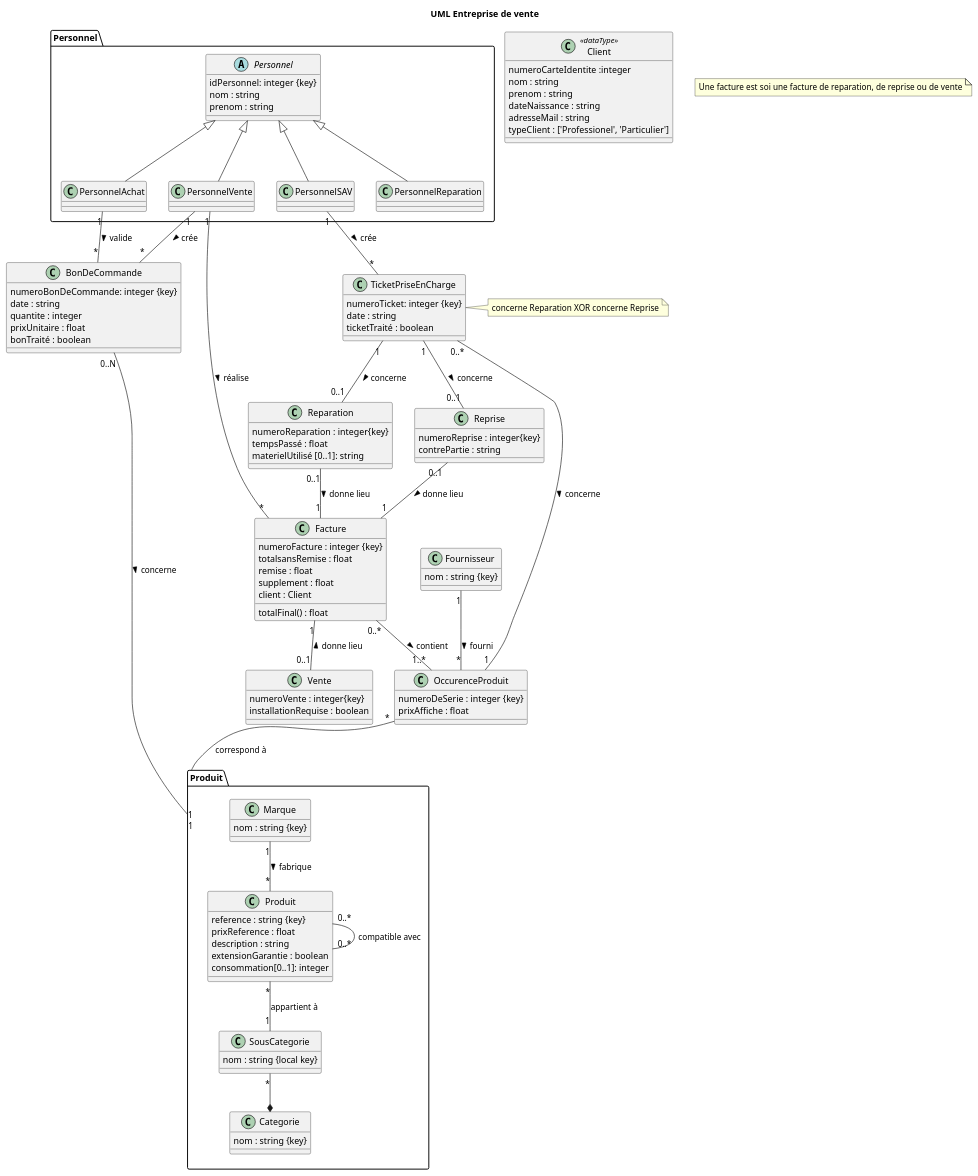
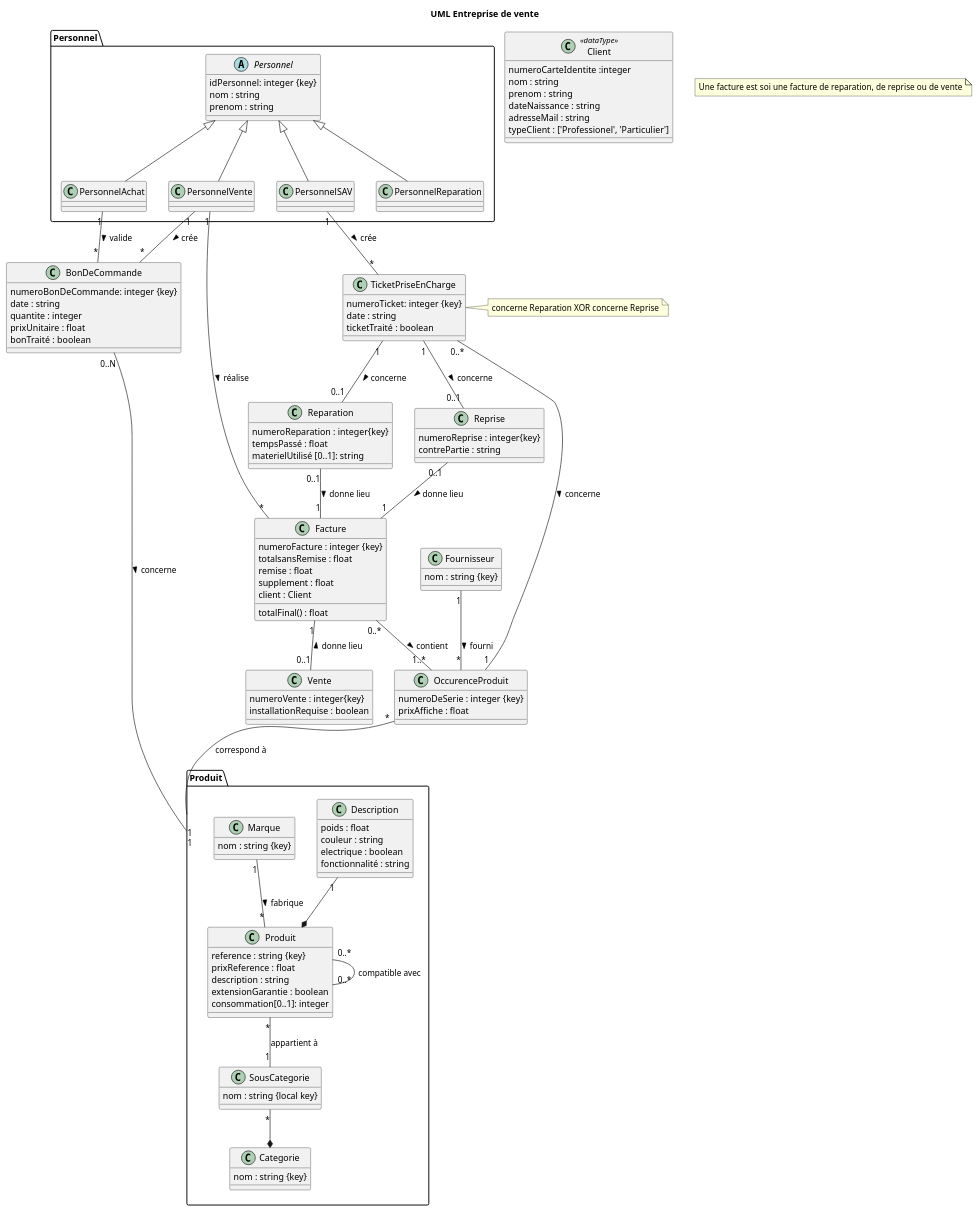
Before and after one commit to mariaidrissi/Entreprise-de-vente: the diagram in MCD.plantuml, drawn with PlantUML.

Commit message:
Ajout composition entre Produit et Description Update MCD.plantuml

```diff
--- a/MCD.plantuml
+++ b/MCD.plantuml
@@ -1,148 +1,155 @@
 @startuml
 title UML Entreprise de vente
 
 package Produit {
 
 class Produit {
   reference : string {key}
   prixReference : float
   description : string
   extensionGarantie : boolean
   consommation[0..1]: integer
 }
 
+Description "1" --* Produit
 
+class Description {
+  poids : float
+  couleur : string
+  electrique : boolean
+  fonctionnalité : string
+}
 Produit "0..*" --  "0..*" Produit : compatible avec
 
 Marque "1" -- "*" Produit : fabrique >
 
 class Marque {
 	nom : string {key}
 }
 
 class Categorie {
 	nom : string {key}
 }
 
 class SousCategorie {
 	nom : string {local key}
 }
 
 SousCategorie "*" --* Categorie
 Produit  "*" -- "1" SousCategorie : appartient à
 }
 
 
 class OccurenceProduit {
   numeroDeSerie : integer {key}
   prixAffiche : float
 }
 
 OccurenceProduit  "*" -- "1" Produit : correspond à
 
 class Fournisseur {
 	nom : string {key}
 }
 
 Fournisseur "1" -- "*" OccurenceProduit : fourni >
 
 class Facture {
   numeroFacture : integer {key}
   totalsansRemise : float 
   remise : float
   supplement : float
   client : Client
   totalFinal() : float
 }
 
 
 class Client <<dataType>> { 
   numeroCarteIdentite :integer 
   nom : string 
   prenom : string 
   dateNaissance : string 
   adresseMail : string
   typeClient : ['Professionel', 'Particulier']
 }
 
 
 Facture "0..*" -- "1..*" OccurenceProduit : contient >
 
 
 package Personnel {
   
 abstract class Personnel {
   idPersonnel: integer {key}
   nom : string 
   prenom : string 
 }
 
 class PersonnelAchat{
 }
 
 class PersonnelVente{
 }
 
 class PersonnelSAV{
 }
 
 class PersonnelReparation{
 }
 
 Personnel <|-- PersonnelAchat
 Personnel <|-- PersonnelVente
 Personnel <|-- PersonnelReparation
 Personnel <|-- PersonnelSAV
 }
 
 PersonnelVente "1" -- "*" Facture : réalise >
 PersonnelSAV "1" -- "*" TicketPriseEnCharge : crée >
 PersonnelAchat "1" -- "*" BonDeCommande : valide >
 PersonnelVente "1" -- "*" BonDeCommande : crée >
 
 class TicketPriseEnCharge {
   numeroTicket: integer {key}
   date : string 
   ticketTraité : boolean
 }
 TicketPriseEnCharge "0..*" -- "1" OccurenceProduit: concerne >
 
 class BonDeCommande {
   numeroBonDeCommande: integer {key}
   date : string
   quantite : integer
   prixUnitaire : float
   bonTraité : boolean
 }
 
 BonDeCommande "0..N" -- "1" Produit: concerne >
 
 class Reparation  {
   numeroReparation : integer{key}
   tempsPassé : float 
   materielUtilisé [0..1]: string
 }
 
 class Reprise  {
   numeroReprise : integer{key}
   contrePartie : string
 }
 
 
 note right of TicketPriseEnCharge
     concerne Reparation XOR concerne Reprise
 end note
 
 note "Une facture est soi une facture de reparation, de reprise ou de vente" as N1
 
 TicketPriseEnCharge "1" -- "0..1" Reparation : concerne >
 Reparation "0..1" -- "1" Facture : donne lieu >
 TicketPriseEnCharge "1" -- "0..1" Reprise : concerne >
 Reprise "0..1" -- "1" Facture : donne lieu >
 
 Facture "1" -- "0..1" Vente : donne lieu <
 class Vente  {
   numeroVente : integer{key}
   installationRequise : boolean 
 }
 @enduml
```
